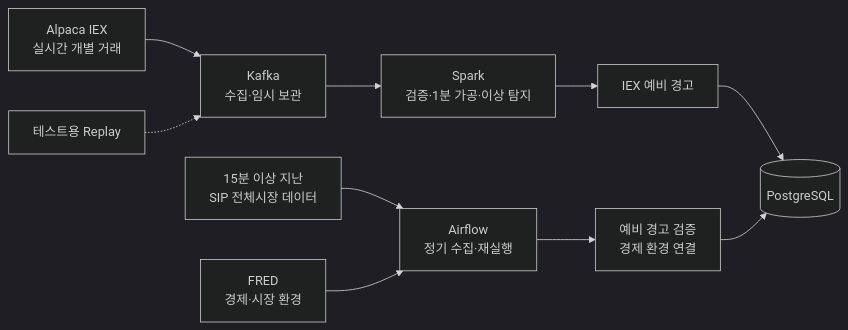
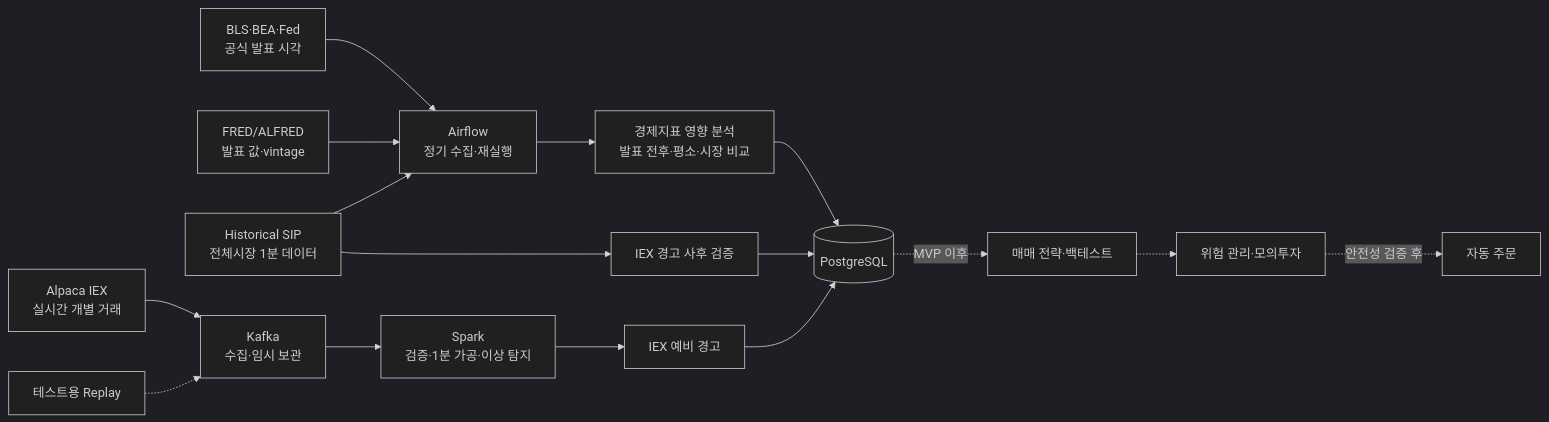
Before and after one commit to hjh6709/us-market-intelligence-pipeline: the diagram in README.md, drawn with Mermaid (dark theme). The commit also changed other lines of this file and 18 other files, not shown here.

````diff
--- a/README.md
+++ b/README.md
@@ -68,13 +73,19 @@
 ```mermaid
 flowchart LR
+    Releases["BLS·BEA·Fed<br/>공식 발표 시각"] --> Airflow["Airflow<br/>정기 수집·재실행"]
+    FRED["FRED/ALFRED<br/>발표 값·vintage"] --> Airflow
+    SIP["Historical SIP<br/>전체시장 1분 데이터"] --> Airflow
+    Airflow --> Impact["경제지표 영향 분석<br/>발표 전후·평소·시장 비교"]
+    Impact --> DB[("PostgreSQL")]
+
     Live["Alpaca IEX<br/>실시간 개별 거래"] --> Kafka["Kafka<br/>수집·임시 보관"]
     Replay["테스트용 Replay"] -.-> Kafka
     Kafka --> Spark["Spark<br/>검증·1분 가공·이상 탐지"]
     Spark --> Preliminary["IEX 예비 경고"]
-    Preliminary --> DB[("PostgreSQL")]
+    Preliminary --> DB
+    SIP --> Verify["IEX 경고 사후 검증"] --> DB
 
-    SIP["15분 이상 지난<br/>SIP 전체시장 데이터"] --> Airflow["Airflow<br/>정기 수집·재실행"]
-    FRED["FRED<br/>경제·시장 환경"] --> Airflow
-    Airflow --> Verify["예비 경고 검증<br/>경제 환경 연결"]
-    Verify --> DB
+    DB -. "MVP 이후" .-> Strategy["매매 전략·백테스트"]
+    Strategy -.-> Risk["위험 관리·모의투자"]
+    Risk -. "안전성 검증 후" .-> Execution["자동 주문"]
 ```
````
